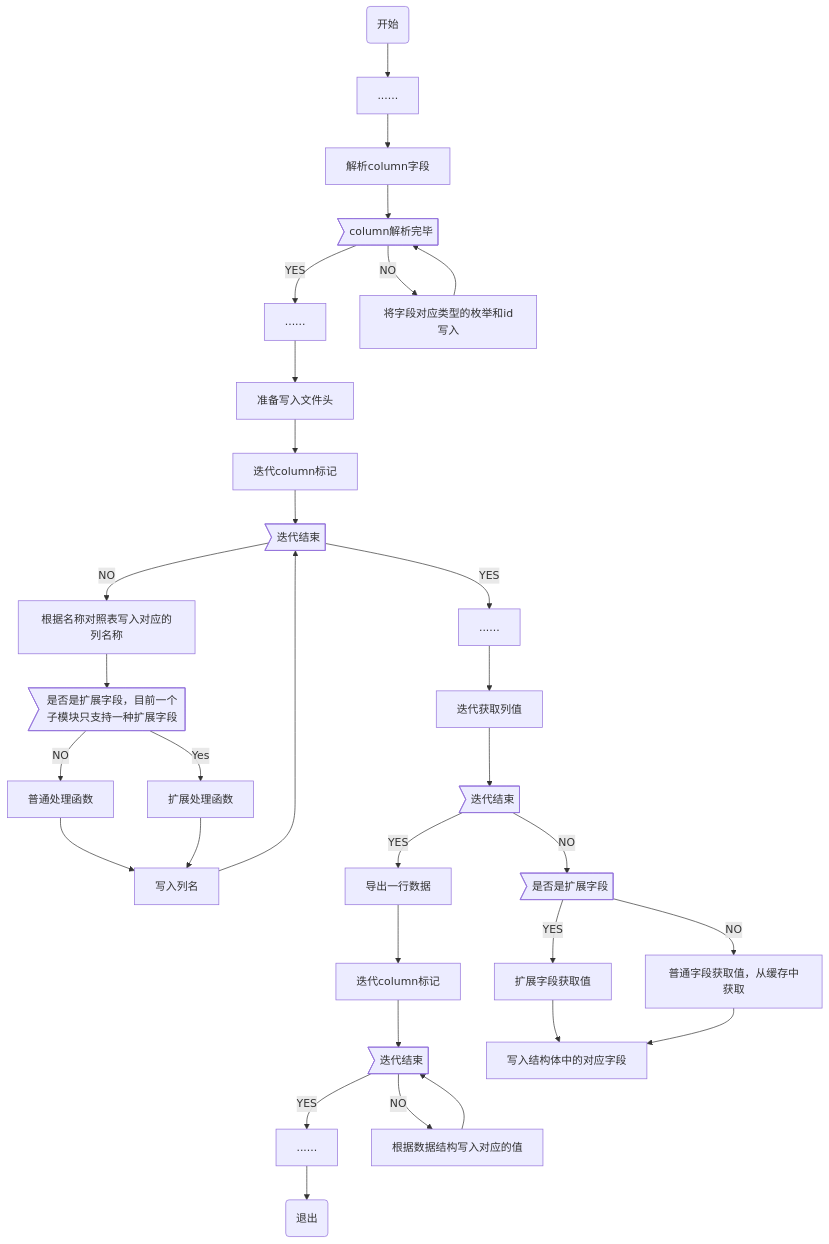
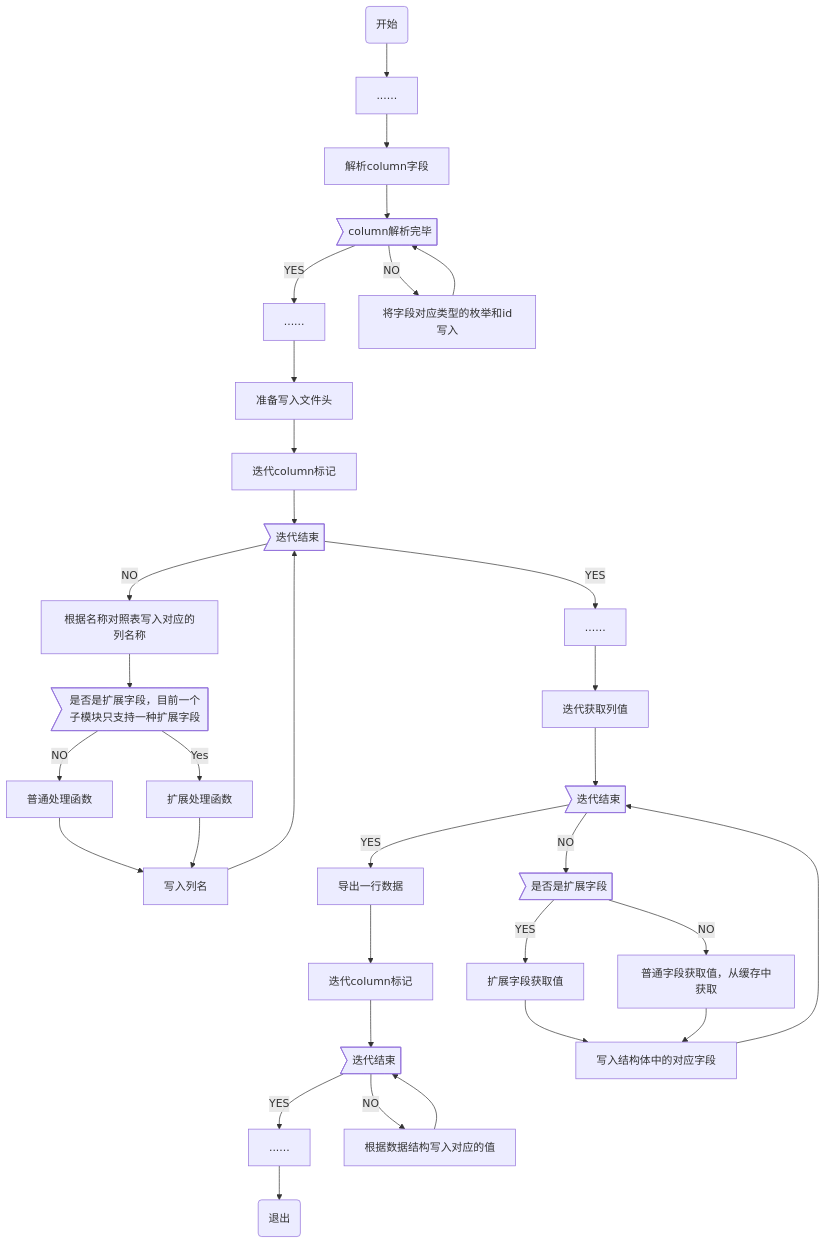
One commit to hlwqds/md_note changed the fourth of 4 diagrams in work/exportModule/exportModule.md. Above: the diagram before and after it, drawn with Mermaid. The commit also changed 1 other file, not shown here.

````diff
--- a/work/exportModule/exportModule.md
+++ b/work/exportModule/exportModule.md
@@ -469,63 +469,63 @@
 ```mermaid
 graph TB
     st("开始")
 	e("退出")
 	skip1["......"]
 	skip2["......"]
     skip3["......"]
     skip4["......"]
 	parseColumLoop["解析column字段"]
 	ifParseFinished>"column解析完毕"]
 	pushIntoArray["将字段对应类型的枚举和id写入"]
 	writeFileHeader["准备写入文件头"]
 	iterationForColumnMark["迭代column标记"]
 	ifExpandType>"是否是扩展字段，目前一个子模块只支持一种扩展字段"]
 	expandHandle["扩展处理函数"]
 	commonHandle["普通处理函数"]
 	writeName["写入列名"]
 	iterationFinish>"迭代结束"]
 	writeColumnName["根据名称对照表写入对应的列名称"]
 	exportRow["导出一行数据"]
 	iterationForColumnMark2["迭代column标记"]
     iterationFinish2>"迭代结束"]
     writeColumnValue["根据数据结构写入对应的值"]
 	findColumnValue["迭代获取列值"]
 	iterationFinish3>"迭代结束"]
 	ifExpandType2>"是否是扩展字段"]
 	expandHandleGet["扩展字段获取值"]
 	commonHandleGet["普通字段获取值，从缓存中获取"]
 	writeIntoStruct["写入结构体中的对应字段"]
-	
     st --> skip1
     skip1 --> parseColumLoop
 	parseColumLoop --> ifParseFinished
 	ifParseFinished -- NO --> pushIntoArray
 	pushIntoArray --> ifParseFinished
 	ifParseFinished -- YES --> skip2
 	skip2 --> writeFileHeader
 	writeFileHeader --> iterationForColumnMark
 	iterationForColumnMark --> iterationFinish
 	iterationFinish -- NO --> writeColumnName
 	writeColumnName --> ifExpandType
 	ifExpandType -- Yes --> expandHandle
 	ifExpandType -- NO --> commonHandle
 	commonHandle --> writeName
 	expandHandle --> writeName
 	writeName --> iterationFinish
 	iterationFinish -- YES --> skip3
 	skip3 --> findColumnValue
 	findColumnValue --> iterationFinish3
 	iterationFinish3 -- NO --> ifExpandType2
 	ifExpandType2 -- YES --> expandHandleGet
 	ifExpandType2 -- NO --> commonHandleGet
     expandHandleGet --> writeIntoStruct
     commonHandleGet --> writeIntoStruct
-	
+	writeIntoStruct --> iterationFinish3
 	iterationFinish3 -- YES  --> exportRow
 	exportRow --> iterationForColumnMark2
 	iterationForColumnMark2 --> iterationFinish2
 	iterationFinish2 -- NO --> writeColumnValue
 	writeColumnValue --> iterationFinish2
 	iterationFinish2 -- YES --> skip4
+
 	skip4 --> e
 ```
````
